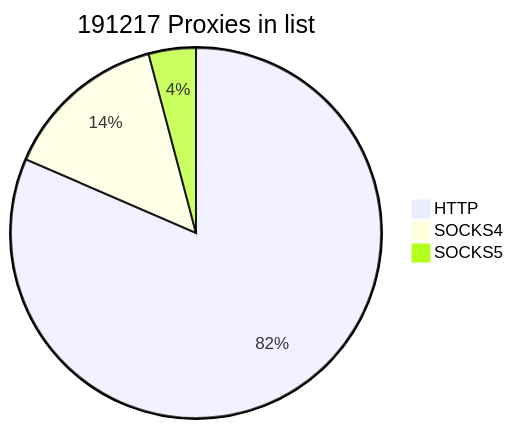
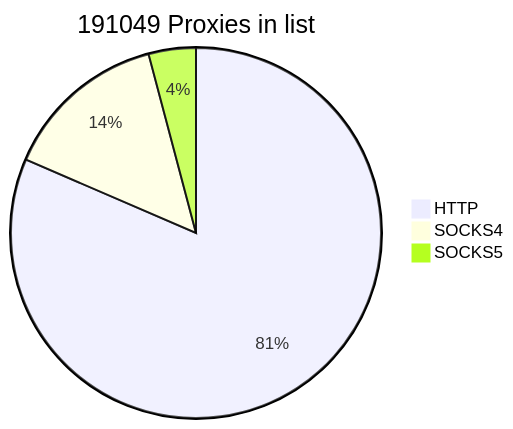
One commit to cutipu/proxylist changed the first of 2 diagrams in README.md. Above: the diagram before and after it, drawn with Mermaid. The commit also changed other lines of this file, not shown here.

````diff
--- a/README.md
+++ b/README.md
@@ -2,7 +2,7 @@
 ```mermaid
-pie title 191217 Proxies in list
-    "HTTP" : 155847
-    "SOCKS4" : 27490
-    "SOCKS5" : 7880
+pie title 191049 Proxies in list
+    "HTTP" : 155678
+    "SOCKS4" : 27494
+    "SOCKS5" : 7877
             
 ```
````
